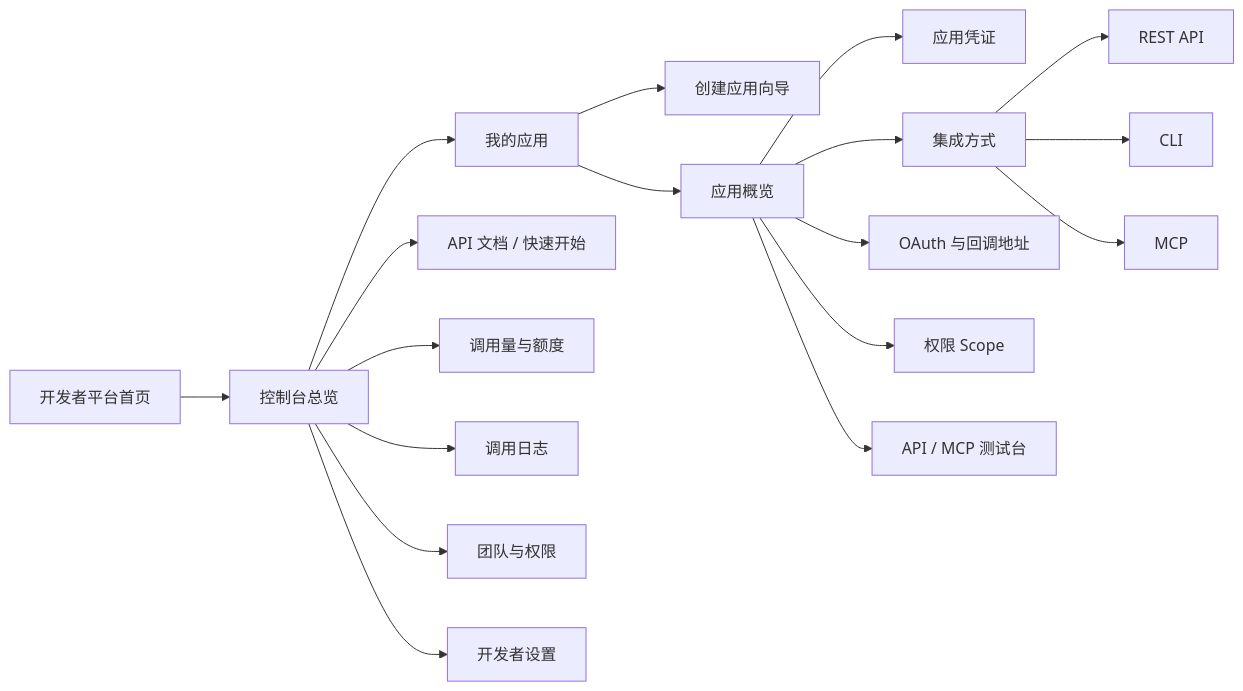
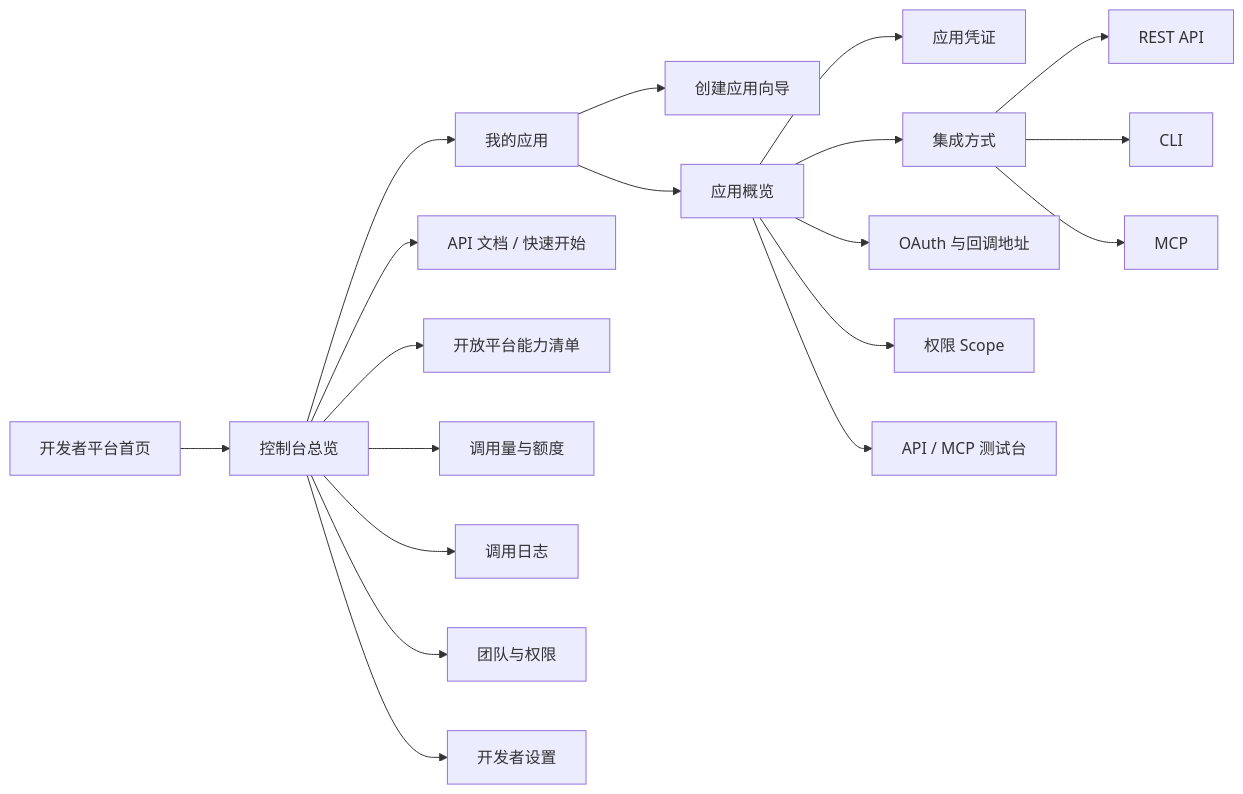
One commit to zhaowenwen6929/cktproduct changed the first of 2 diagrams in docs/创客贴开放平台-开发者中心-PRD.md. Above: the diagram before and after it, drawn with Mermaid. The commit also changed other lines of this file and 2 other files, not shown here.

````diff
--- a/docs/创客贴开放平台-开发者中心-PRD.md
+++ b/docs/创客贴开放平台-开发者中心-PRD.md
@@ -22,20 +22,21 @@
 ```mermaid
 flowchart LR
   A[开发者平台首页] --> B[控制台总览]
   B --> C[我的应用]
   C --> C1[创建应用向导]
   C --> C2[应用概览]
   C2 --> D[应用凭证]
   C2 --> E[集成方式]
   C2 --> F[OAuth 与回调地址]
   C2 --> G[权限 Scope]
   C2 --> H[API / MCP 测试台]
   B --> I[API 文档 / 快速开始]
+  B --> N[开放平台能力清单]
   B --> J[调用量与额度]
   B --> K[调用日志]
   B --> L[团队与权限]
   B --> M[开发者设置]
   E --> E1[REST API]
   E --> E2[CLI]
   E --> E3[MCP]
 ```
````
